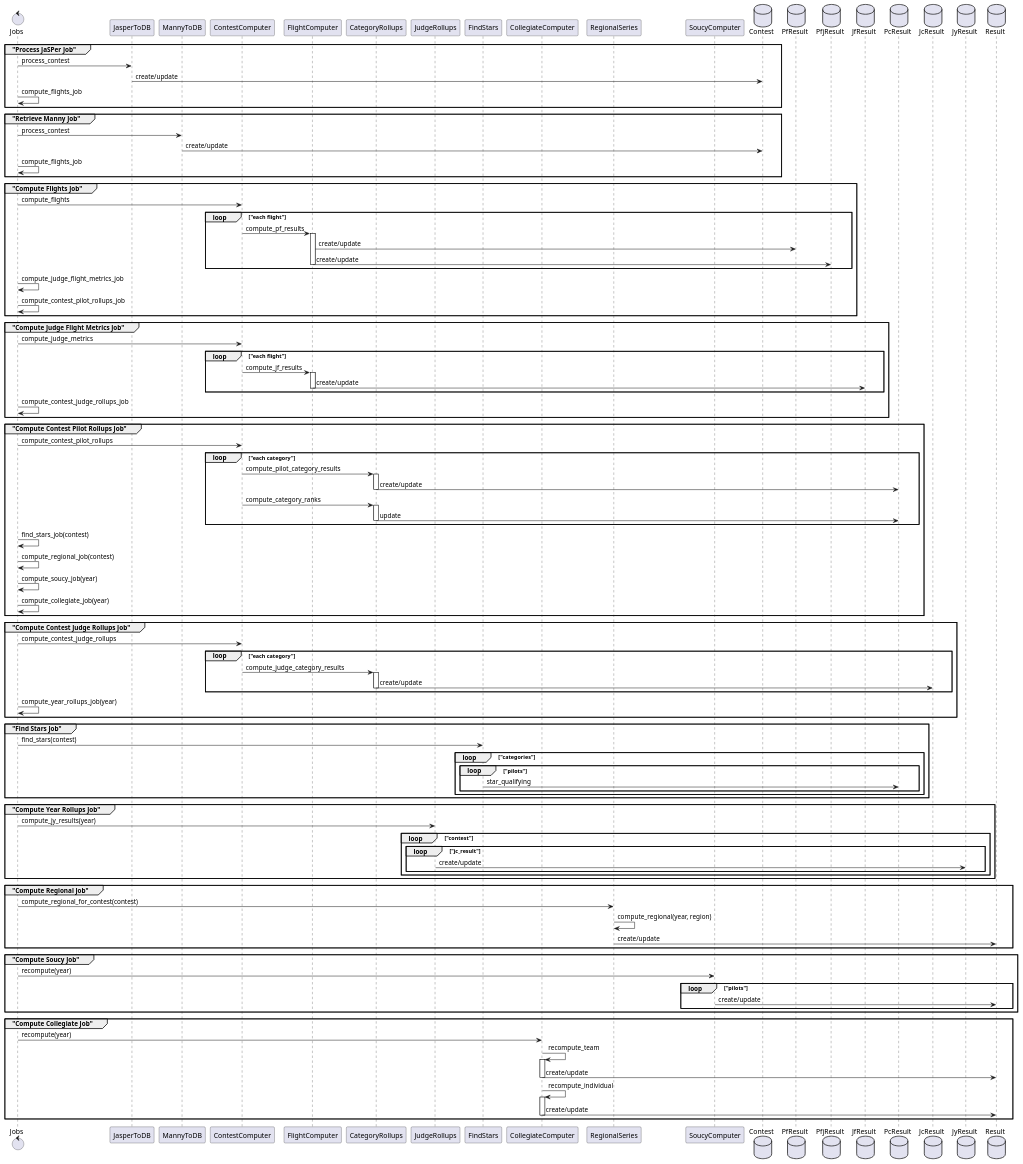
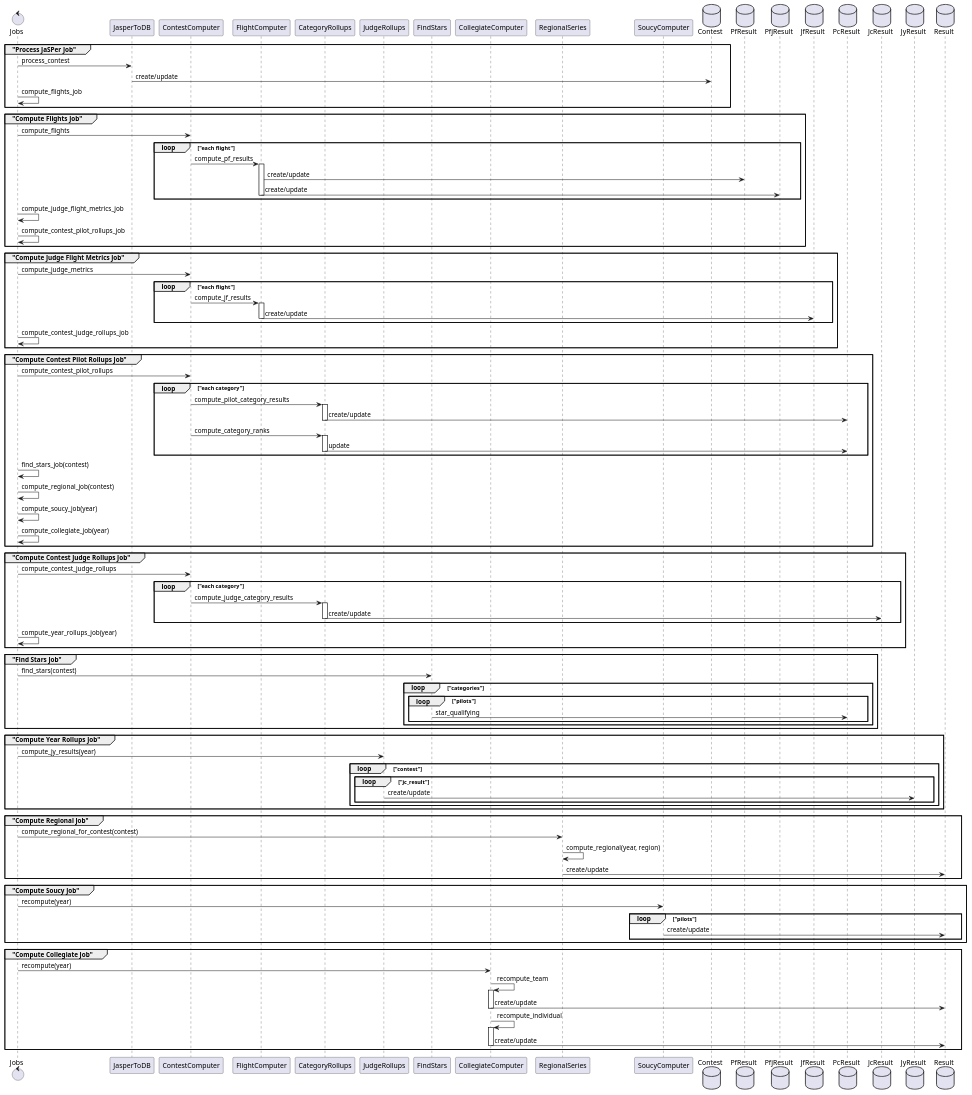
One commit to International-Aerobatic-Club/iaccdb changed the diagram in doc/jobs.plantuml. Above: the diagram before and after it, drawn with PlantUML. The commit also changed 37 other files, not shown here.

```diff
--- a/doc/jobs.plantuml
+++ b/doc/jobs.plantuml
@@ -1,130 +1,123 @@
 @startuml
   control Jobs
   participant JasperToDB
-  participant MannyToDB
   participant ContestComputer as CC
   participant FlightComputer as FC
   participant CategoryRollups as CR
   participant JudgeRollups as JR
   participant FindStars as Stars
   participant CollegiateComputer as Coll
   participant RegionalSeries as Regional
   participant SoucyComputer as Soucy
   database Contest
   database PfResult as PF
   database PfjResult as PFJ
   database JfResult as JF
   database PcResult as PC
   database JcResult as JC
   database JyResult as JY
   database Result
 
   group "Process JaSPer Job"
     Jobs -> JasperToDB : process_contest
     JasperToDB -> Contest : create/update
-    Jobs -> Jobs : compute_flights_job
-  end
-
-  group "Retrieve Manny Job"
-    Jobs -> MannyToDB : process_contest
-    MannyToDB -> Contest : create/update
     Jobs -> Jobs : compute_flights_job
   end
 
   group "Compute Flights Job"
     Jobs -> CC : compute_flights
     loop "each flight"
       CC -> FC : compute_pf_results
       activate FC
         FC -> PF : create/update
         FC -> PFJ : create/update
       deactivate FC
     end
     Jobs -> Jobs : compute_judge_flight_metrics_job
     Jobs -> Jobs : compute_contest_pilot_rollups_job
   end
 
   group "Compute Judge Flight Metrics Job"
     Jobs -> CC : compute_judge_metrics
     loop "each flight"
       CC -> FC : compute_jf_results
       activate FC
         FC -> JF : create/update
       deactivate FC
     end
     Jobs -> Jobs : compute_contest_judge_rollups_job
   end
 
   group "Compute Contest Pilot Rollups Job"
     Jobs -> CC : compute_contest_pilot_rollups
     loop "each category"
       CC -> CR : compute_pilot_category_results
       activate CR
         CR -> PC : create/update
       deactivate CR
       CC -> CR : compute_category_ranks
       activate CR
         CR -> PC : update
       deactivate CR
     end
     Jobs -> Jobs : find_stars_job(contest)
     Jobs -> Jobs : compute_regional_job(contest)
     Jobs -> Jobs : compute_soucy_job(year)
     Jobs -> Jobs : compute_collegiate_job(year)
   end
 
   group "Compute Contest Judge Rollups Job"
     Jobs -> CC : compute_contest_judge_rollups
     loop "each category"
       CC -> CR : compute_judge_category_results
       activate CR
         CR -> JC : create/update
       deactivate CR
     end
     Jobs -> Jobs : compute_year_rollups_job(year)
   end
 
   group "Find Stars Job"
     Jobs -> Stars : find_stars(contest)
     loop "categories"
       loop "pilots"
         Stars -> PC : star_qualifying
       end
     end
   end
 
   group "Compute Year Rollups Job"
     Jobs -> JR : compute_jy_results(year)
     loop "contest"
       loop "jc_result"
         JR -> JY : create/update
       end
     end
   end
 
   group "Compute Regional Job"
     Jobs -> Regional : compute_regional_for_contest(contest)
     Regional -> Regional : compute_regional(year, region)
     Regional -> Result : create/update
   end
 
   group "Compute Soucy Job"
     Jobs -> Soucy : recompute(year)
     loop "pilots"
       Soucy -> Result : create/update
     end
   end
 
   group "Compute Collegiate Job"
     Jobs -> Coll : recompute(year)
     Coll -> Coll : recompute_team
     activate Coll
       Coll -> Result : create/update
     deactivate Coll
     Coll -> Coll : recompute_individual
     activate Coll
       Coll -> Result : create/update
     deactivate Coll
   end
 
 @enduml
```
